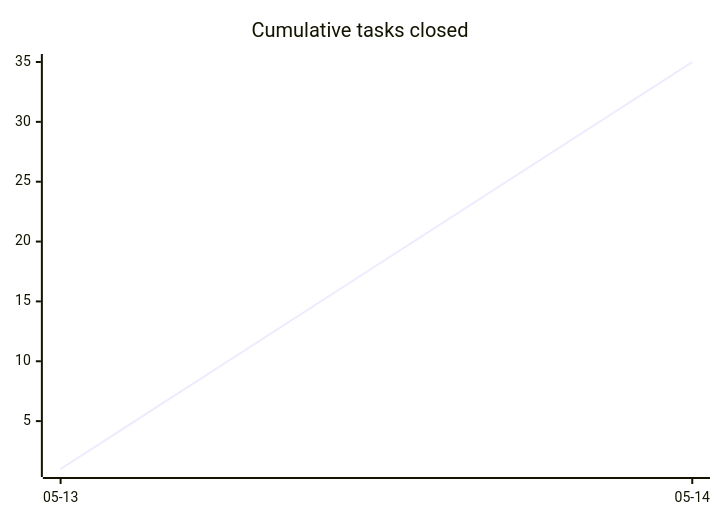
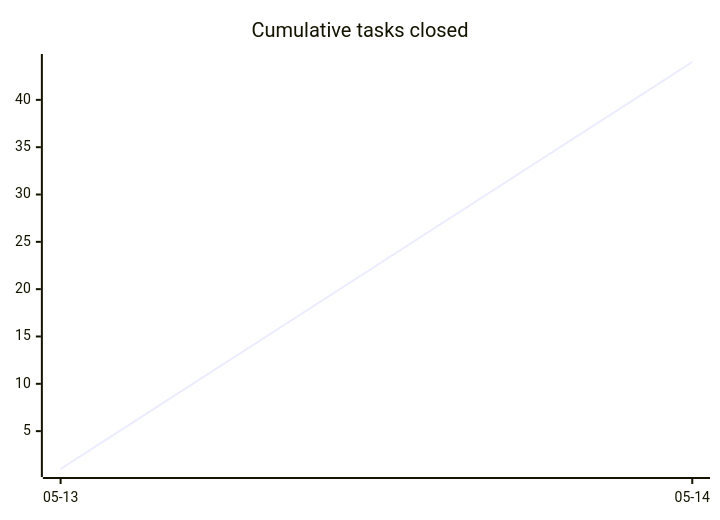
The first of 3 diagrams in docs/developers/tasks/OVERVIEW.md (tgd1975/CircuitSmith), drawn with Mermaid before and after one commit. The commit also changed other lines of this file and 15 other files, not shown here.

````diff
--- a/docs/developers/tasks/OVERVIEW.md
+++ b/docs/developers/tasks/OVERVIEW.md
@@ -21,6 +21,6 @@
 ```mermaid
 xychart-beta
     title "Cumulative tasks closed"
     x-axis ["05-13", "05-14"]
-    line [1, 35]
+    line [1, 44]
 ```
````
